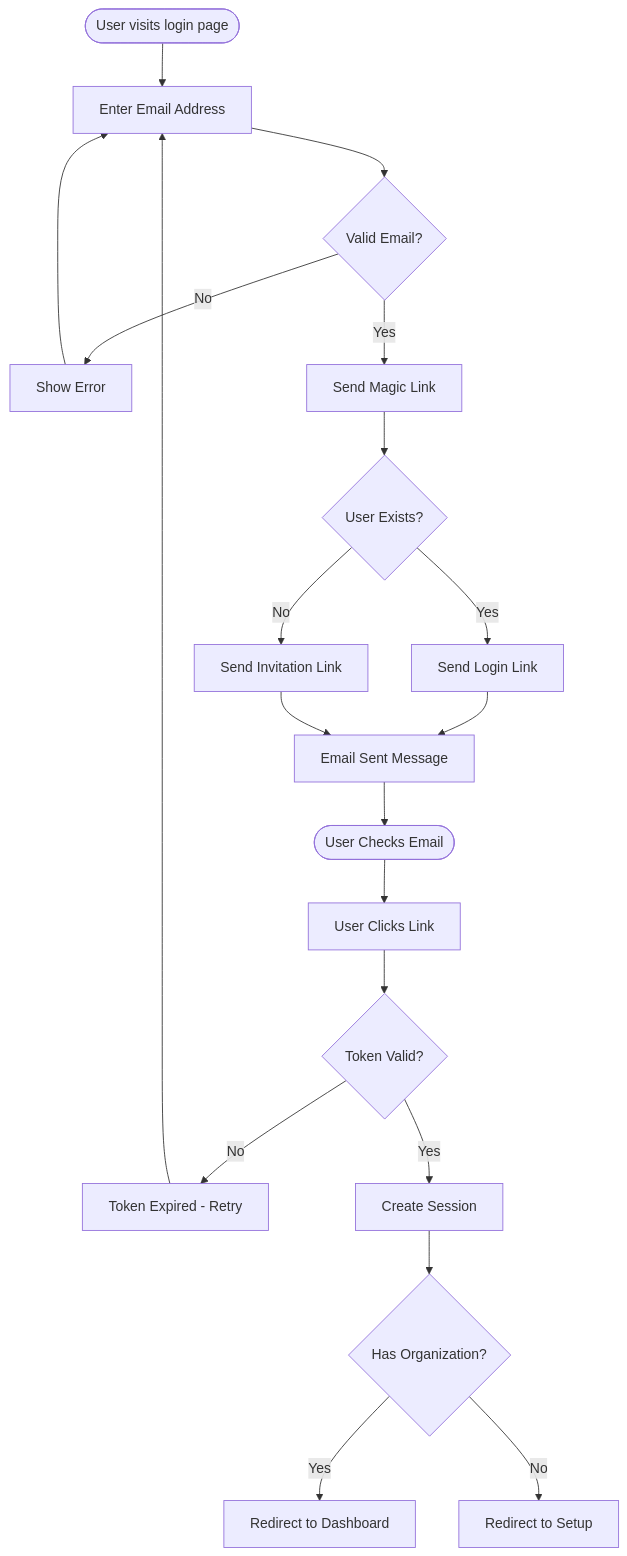
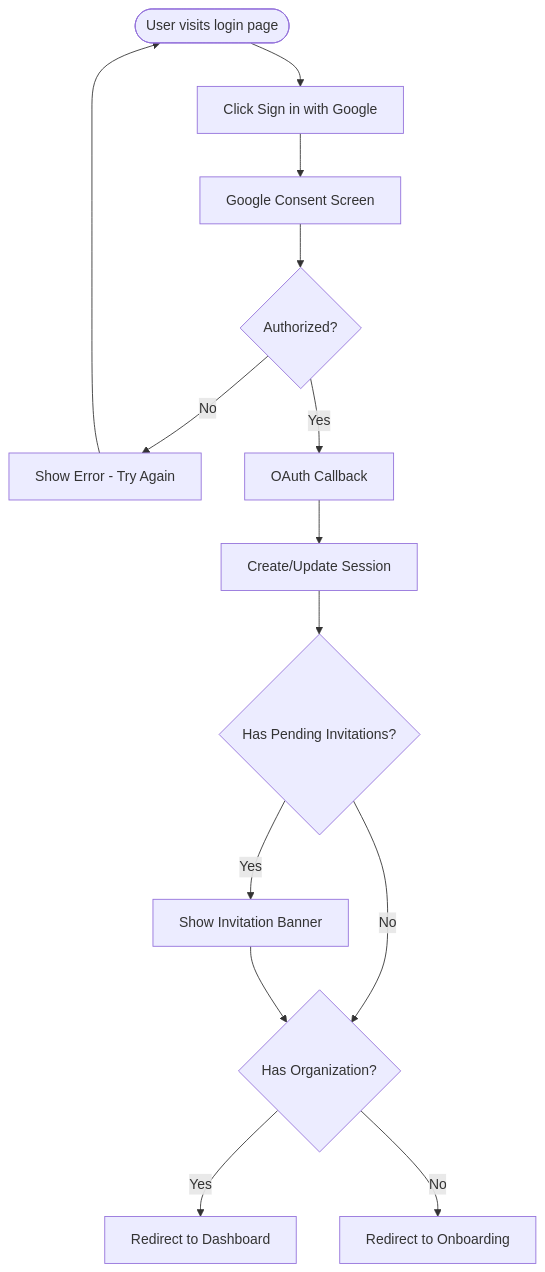
Before and after one commit to UnderprotectionDev/salon-management-saas: the ninth of 26 diagrams in docs/prd/05-ux-ui/user-flows.md, drawn with Mermaid. The commit also changed other lines of this file and 57 other files, not shown here.

````diff
--- a/docs/prd/05-ux-ui/user-flows.md
+++ b/docs/prd/05-ux-ui/user-flows.md
@@ -346,40 +346,29 @@
 ```mermaid
 flowchart TB
     Start([User visits login page])
-    EnterEmail[Enter Email Address]
-    Validate{Valid Email?}
-    Invalid[Show Error]
-    SendLink[Send Magic Link]
-    Check{User Exists?}
-    Existing[Send Login Link]
-    New[Send Invitation Link]
-    EmailSent[Email Sent Message]
-    Wait([User Checks Email])
-    Click[User Clicks Link]
-    ValidToken{Token Valid?}
-    Expired[Token Expired - Retry]
-    CreateSession[Create Session]
-    Redirect{Has Organization?}
+    ClickGoogle[Click Sign in with Google]
+    GoogleConsent[Google Consent Screen]
+    Authorize{Authorized?}
+    Denied[Show Error - Try Again]
+    Callback[OAuth Callback]
+    CreateSession[Create/Update Session]
+    CheckInvitations{Has Pending Invitations?}
+    ShowBanner[Show Invitation Banner]
+    HasOrg{Has Organization?}
     Dashboard[Redirect to Dashboard]
-    Setup[Redirect to Setup]
+    Setup[Redirect to Onboarding]
 
-    Start --> EnterEmail
-    EnterEmail --> Validate
-    Validate -->|No| Invalid
-    Invalid --> EnterEmail
-    Validate -->|Yes| SendLink
-    SendLink --> Check
-    Check -->|Yes| Existing
-    Check -->|No| New
-    Existing --> EmailSent
-    New --> EmailSent
-    EmailSent --> Wait
-    Wait --> Click
-    Click --> ValidToken
-    ValidToken -->|No| Expired
-    Expired --> EnterEmail
-    ValidToken -->|Yes| CreateSession
-    CreateSession --> Redirect
-    Redirect -->|Yes| Dashboard
-    Redirect -->|No| Setup
+    Start --> ClickGoogle
+    ClickGoogle --> GoogleConsent
+    GoogleConsent --> Authorize
+    Authorize -->|No| Denied
+    Denied --> Start
+    Authorize -->|Yes| Callback
+    Callback --> CreateSession
+    CreateSession --> CheckInvitations
+    CheckInvitations -->|Yes| ShowBanner
+    CheckInvitations -->|No| HasOrg
+    ShowBanner --> HasOrg
+    HasOrg -->|Yes| Dashboard
+    HasOrg -->|No| Setup
 ```
````
